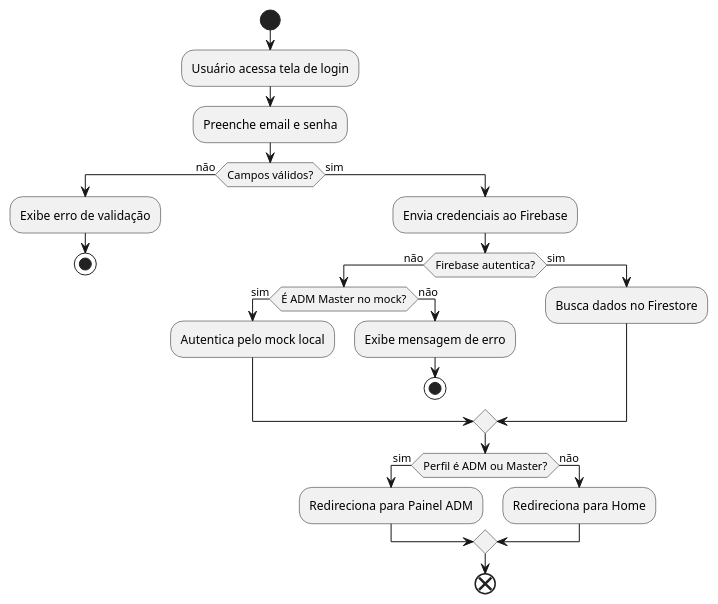
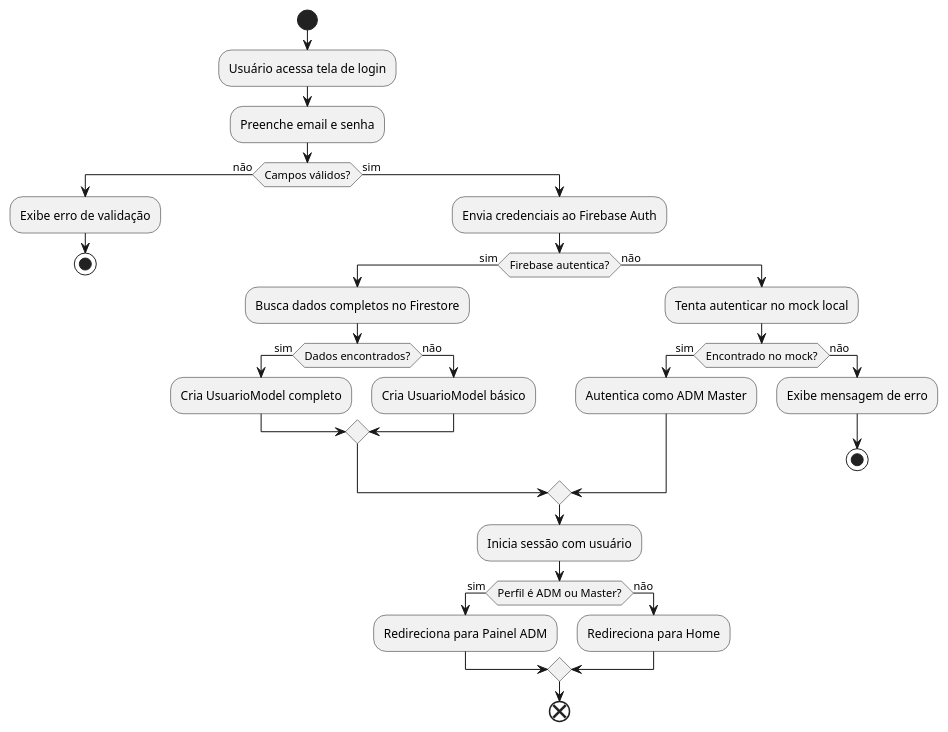
Before and after one commit to Tesch-MatheusG/BarraHotel_App01: the diagram in docs/diagramas/atividade/login.puml, drawn with PlantUML. The commit also changed 3 other files, not shown here.

Commit message:
docs: Atualiza alguns dos diagramas para utilizar firebase

```diff
--- a/docs/diagramas/atividade/login.puml
+++ b/docs/diagramas/atividade/login.puml
@@ -1,30 +1,41 @@
 @startuml AtividadeLogin
 start
 
 :Usuário acessa tela de login;
 :Preenche email e senha;
 
 if (Campos válidos?) then (não)
   :Exibe erro de validação;
   stop
 else (sim)
-  :Envia credenciais ao Firebase;
-  
-  if (Firebase autentica?) then (não)
-    if (É ADM Master no mock?) then (sim)
-      :Autentica pelo mock local;
+  :Envia credenciais ao Firebase Auth;
+
+  if (Firebase autentica?) then (sim)
+    :Busca dados completos no Firestore;
+
+    if (Dados encontrados?) then (sim)
+      :Cria UsuarioModel completo;
+    else (não)
+      :Cria UsuarioModel básico;
+    endif
+
+  else (não)
+    :Tenta autenticar no mock local;
+
+    if (Encontrado no mock?) then (sim)
+      :Autentica como ADM Master;
     else (não)
       :Exibe mensagem de erro;
       stop
     endif
-  else (sim)
-    :Busca dados no Firestore;
   endif
+
+  :Inicia sessão com usuário;
 
   if (Perfil é ADM ou Master?) then (sim)
     :Redireciona para Painel ADM;
   else (não)
     :Redireciona para Home;
   endif
 end
 @enduml
```
